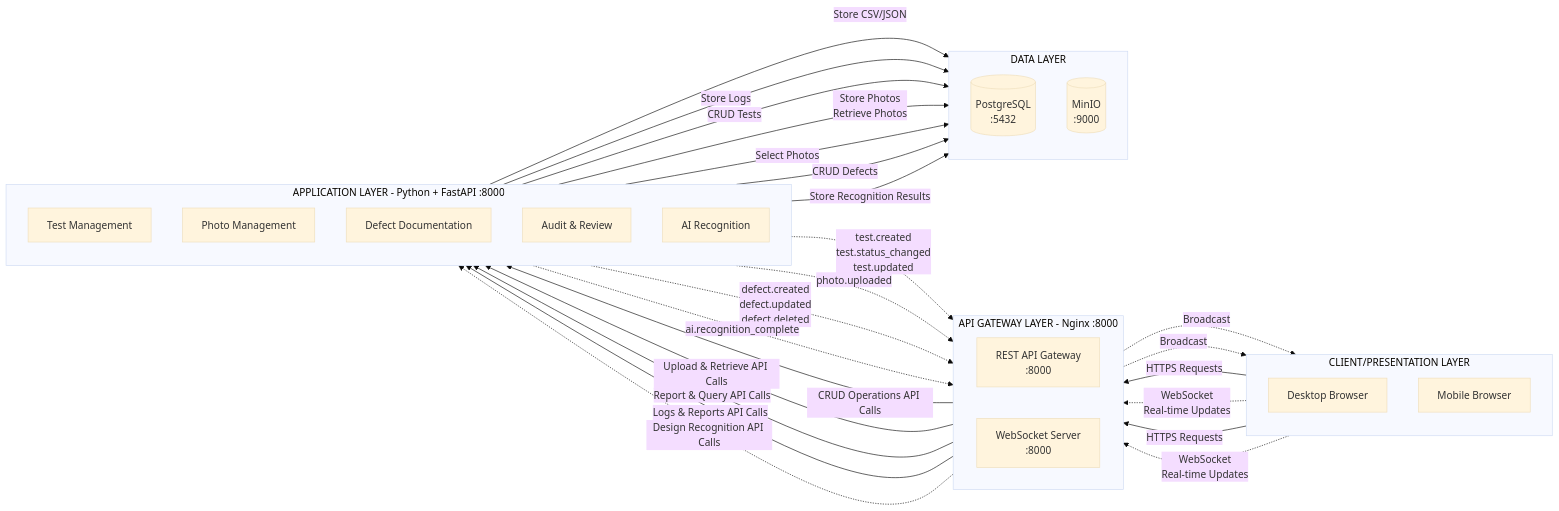
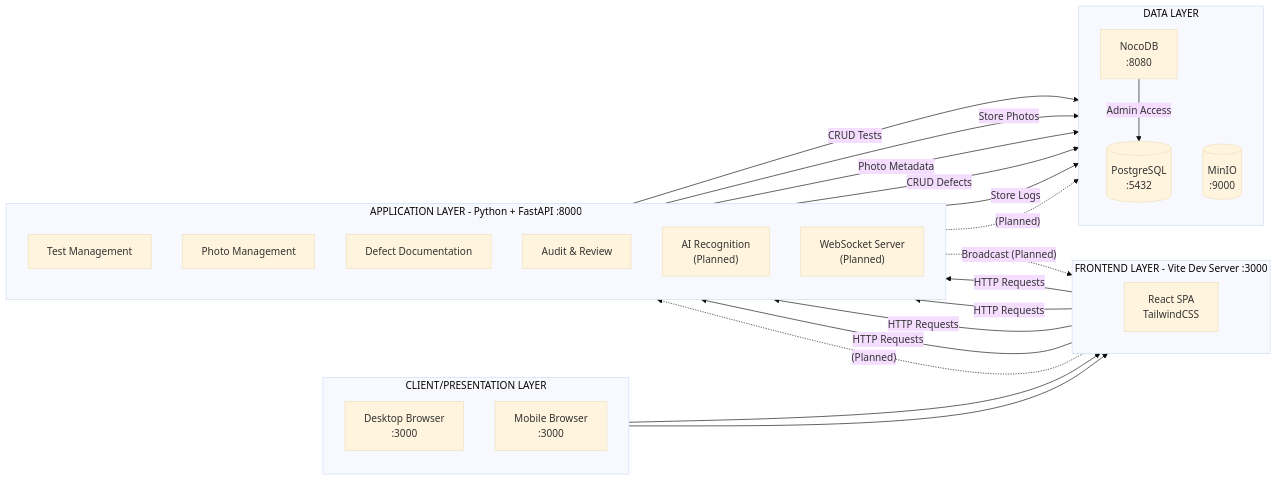
The diagram in docs/detailed_architecture.md (DominykasPivo/QC-Vision), drawn with Mermaid (base theme) before and after one commit. The commit also changed other lines of this file and 5 other files, not shown here.

````diff
--- a/docs/detailed_architecture.md
+++ b/docs/detailed_architecture.md
@@ -5,58 +5,49 @@
 ```mermaid
 flowchart LR
-    subgraph bottom_left CLIENT["CLIENT/PRESENTATION LAYER"]
+    subgraph CLIENT["CLIENT/PRESENTATION LAYER"]
         direction TB
-        WEB["Desktop Browser"]
-        MOBILE["Mobile Browser"]
+        WEB["Desktop Browser<br/>:3000"]
+        MOBILE["Mobile Browser<br/>:3000"]
     end
 
-    subgraph GATEWAY["API GATEWAY LAYER - Nginx :8000"]
+    subgraph FRONTEND["FRONTEND LAYER - Vite Dev Server :3000"]
         direction LR
-        API["REST API Gateway<br/>:8000"]
-        WS["WebSocket Server<br/> :8000"]
+        REACT["React SPA<br/>TailwindCSS"]
     end
 
-    subgraph MONOLITH["APPLICATION LAYER - Python + FastAPI :8000"]
+    subgraph BACKEND["APPLICATION LAYER - Python + FastAPI :8000"]
         direction TB
         TEST["Test Management"]
         PHOTO["Photo Management"]
         DEFECT["Defect Documentation"]
         AUDIT["Audit & Review"]
-        AI["AI Recognition"]
+        AI["AI Recognition<br/>(Planned)"]
+        WS["WebSocket Server<br/>(Planned)"]
     end
 
     subgraph DATA["DATA LAYER"]
         direction TB
         DB[("PostgreSQL<br/>:5432")]
         STORAGE[("MinIO<br/>:9000")]
+        NOCODB["NocoDB<br/>:8080"]
     end
 
-    WEB -->|"HTTPS Requests"| API
-    WEB -.->|"WebSocket <br/>Real-time Updates"| WS
-    MOBILE -->|"HTTPS Requests"| API
-    MOBILE -.->|"WebSocket <br/>Real-time Updates"| WS
+    WEB --> REACT
+    MOBILE --> REACT
+    REACT -->|"HTTP Requests"| TEST
+    REACT -->|"HTTP Requests"| PHOTO
+    REACT -->|"HTTP Requests"| DEFECT
+    REACT -->|"HTTP Requests"| AUDIT
+    REACT -.->|"(Planned)"| WS
 
-    API -->|"CRUD Operations API Calls"| TEST
-    API -->|"Upload & Retrieve API Calls"| PHOTO
-    API -->|"Report & Query API Calls"| DEFECT
-    API -->|"Logs & Reports API Calls"| AUDIT
-    API -.->|"Design Recognition API Calls"| AI
+    TEST -->|"CRUD Tests"| DB
+    PHOTO -->|"Store Photos"| STORAGE
+    PHOTO -->|"Photo Metadata"| DB
+    DEFECT -->|"CRUD Defects"| DB
+    AUDIT -->|"Store Logs"| DB
+    AI -.->|"(Planned)"| DB
 
-    TEST -.->|"test.created<br/>test.status_changed<br/>test.updated"| WS
-    PHOTO -.->|"photo.uploaded"| WS
-    DEFECT -.->|"defect.created<br/>defect.updated<br/>defect.deleted"| WS
-    AI -.->|"ai.recognition_complete"| WS
+    NOCODB -->|"Admin Access"| DB
 
-    
-    AUDIT -->|"Store CSV/JSON"| STORAGE
-    AUDIT -->|"Store Logs"| DB
-    TEST -->|"CRUD Tests"| DB
-    PHOTO -->|"Store Photos<br/>Retrieve Photos"| STORAGE
-    PHOTO -->|"Select Photos"| DB
-    DEFECT -->|"CRUD Defects"| DB
-    AI -->|"Store Recognition Results<br/>"| DB
-
-    
-    WS -.->|"Broadcast"| WEB
-    WS -.->|"Broadcast"| MOBILE
+    WS -.->|"Broadcast (Planned)"| REACT
 ```
````
